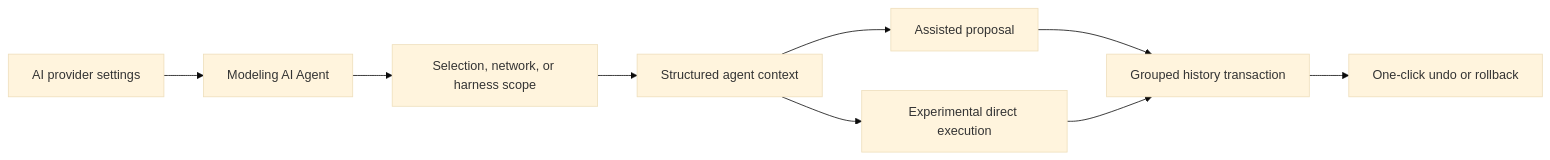
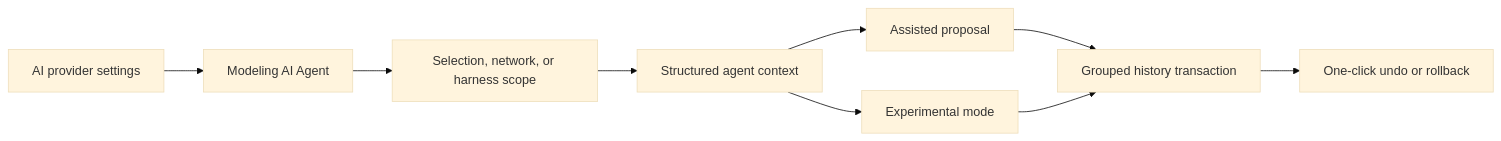
Before and after one commit to AlexAgo83/electrical-plan-editor: the diagram in logics/product/prod_004_ai_agent_modeling_workspace.md, drawn with Mermaid (base theme). The commit also changed other lines of this file and 8 other files, not shown here.

````diff
--- a/logics/product/prod_004_ai_agent_modeling_workspace.md
+++ b/logics/product/prod_004_ai_agent_modeling_workspace.md
@@ -17,11 +17,11 @@
 ```mermaid
 flowchart LR
     Settings[AI provider settings] --> Agent[Modeling AI Agent]
     Agent --> Scope[Selection, network, or harness scope]
     Scope --> Context[Structured agent context]
     Context --> Proposal[Assisted proposal]
-    Context --> Direct[Experimental direct execution]
+    Context --> Direct[Experimental mode]
     Proposal --> Transaction[Grouped history transaction]
     Direct --> Transaction
     Transaction --> Undo[One-click undo or rollback]
 ```
````
